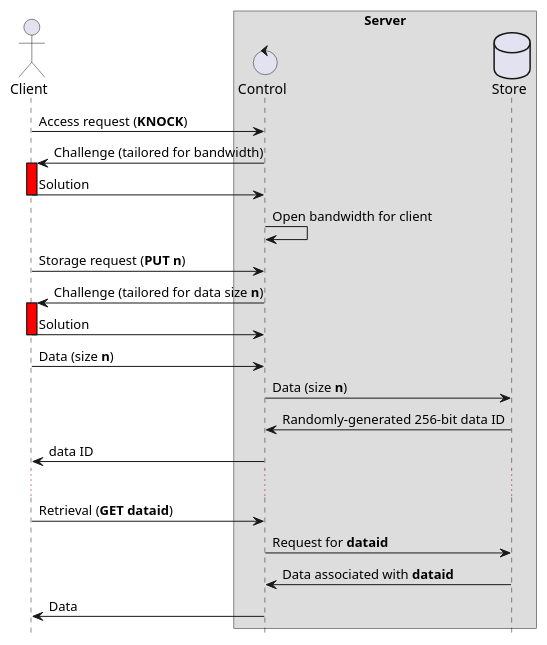
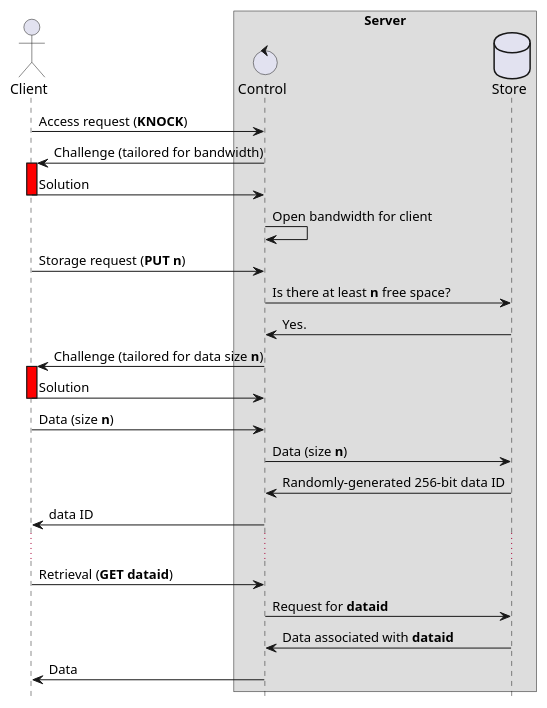
One commit to iasds/Datura-Network changed the diagram in Poc/6.2-space-allocation/README.md. Above: the diagram before and after it, drawn with PlantUML.

Commit message:
space-allocation(README): check for size in protocol

````diff
--- a/Poc/6.2-space-allocation/README.md
+++ b/Poc/6.2-space-allocation/README.md
@@ -4,35 +4,38 @@
 ```plantuml
 @startuml
 actor Client
 box "Server"
 control Control
 database Store
 end box
 
 hide footbox
 
 Client -> Control : Access request (**KNOCK**)
 
 Client <- Control ++ #red : Challenge (tailored for bandwidth)
 Client -> Control -- : Solution
 
 Control -> Control : Open bandwidth for client
 
 Client -> Control : Storage request (**PUT n**)
 
+Control -> Store : Is there at least **n** free space?
+Control <- Store : Yes.
+
 Client <- Control ++ #red : Challenge (tailored for data size **n**)
 Client -> Control -- : Solution
 
 Client -> Control : Data (size **n**)
 Control -> Store : Data (size **n**)
 Control <- Store : Randomly-generated 256-bit data ID
 Client <- Control : data ID
 
 ...
 
 Client -> Control : Retrieval (**GET dataid**)
 Control -> Store : Request for **dataid**
 Control <- Store : Data associated with **dataid**
 Client <- Control : Data
 @enduml
 ```
````
